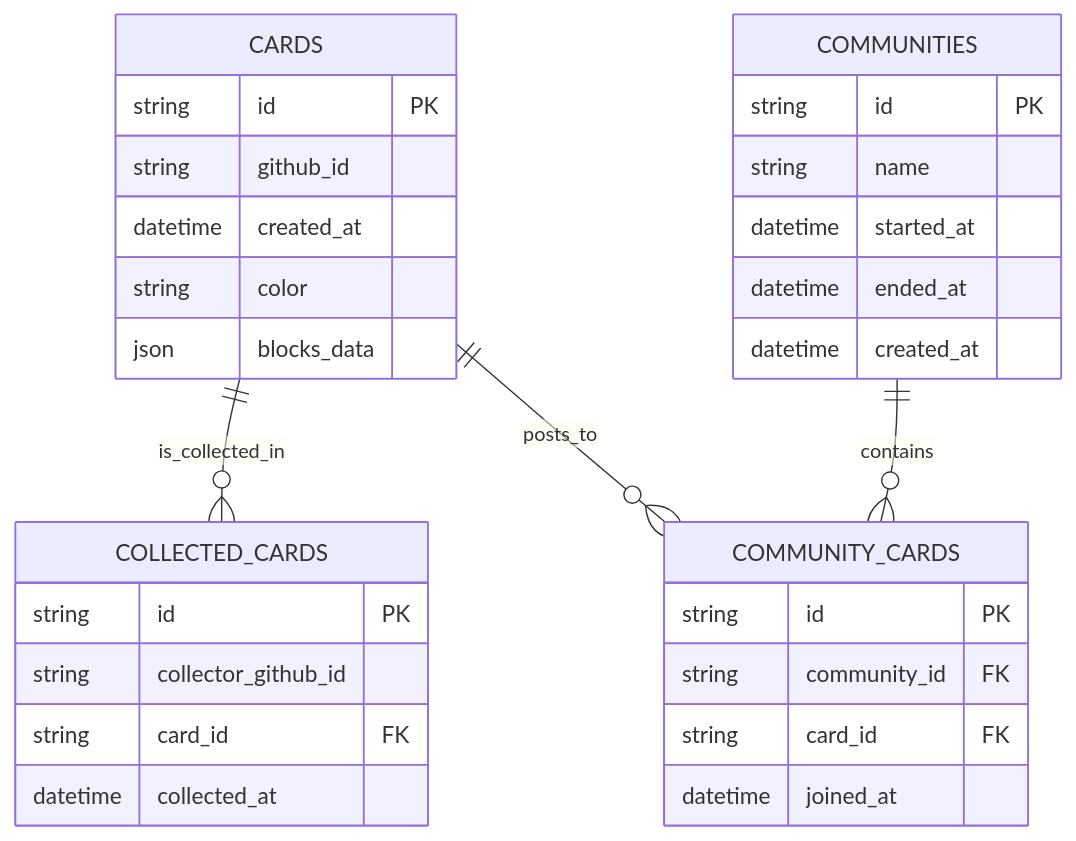
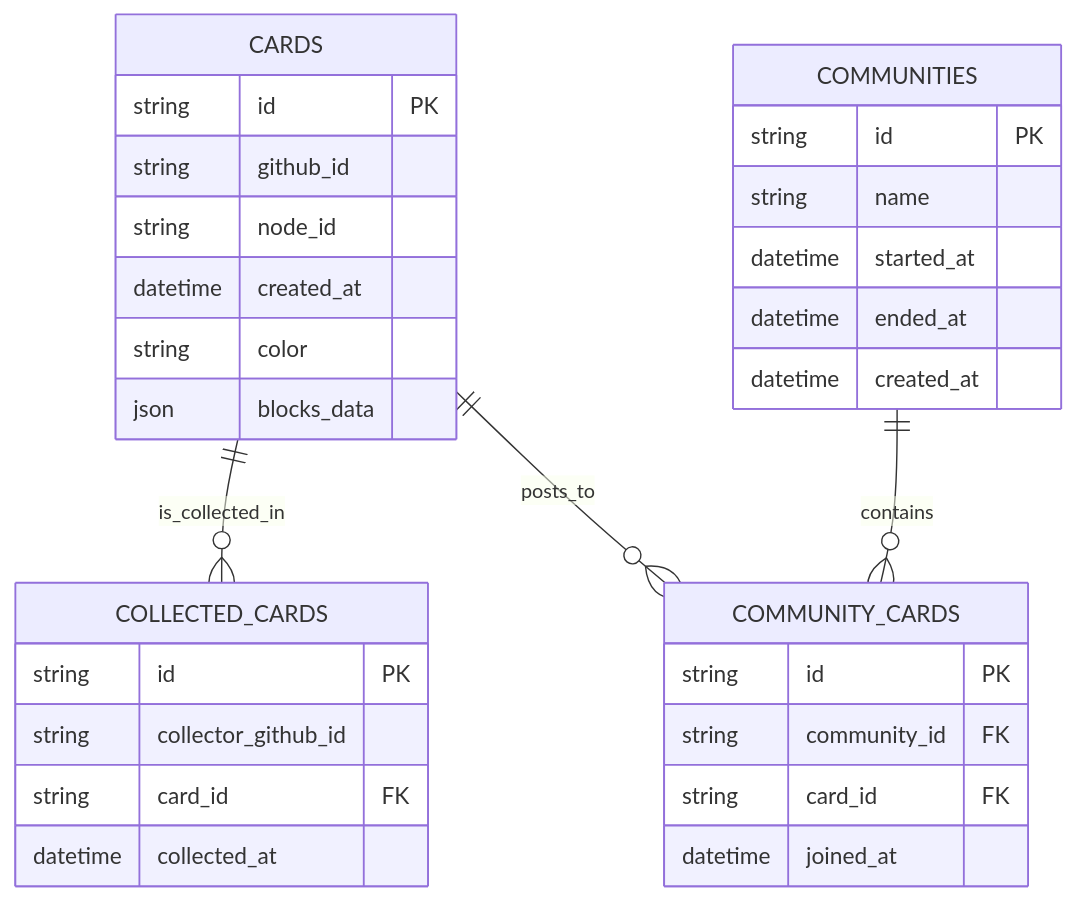
The diagram in docs/er.md (furarico/octo-deck-api), drawn with Mermaid before and after one commit. The commit also changed 19 other files, not shown here.

````diff
--- a/docs/er.md
+++ b/docs/er.md
@@ -3,36 +3,37 @@
 ```mermaid
 erDiagram
     CARDS {
         string id PK
         string github_id
+        string node_id
         datetime created_at
         string color
         json blocks_data
     }
 
     COLLECTED_CARDS {
         string id PK
         string collector_github_id
         string card_id FK
         datetime collected_at
     }
 
     COMMUNITIES {
         string id PK
         string name
         datetime started_at
         datetime ended_at
         datetime created_at
     }
 
     COMMUNITY_CARDS {
         string id PK
         string community_id FK
         string card_id FK
         datetime joined_at
     }
 
     CARDS ||--o{ COLLECTED_CARDS : is_collected_in
     CARDS ||--o{ COMMUNITY_CARDS : posts_to
     COMMUNITIES ||--o{ COMMUNITY_CARDS : contains
 ```
````
